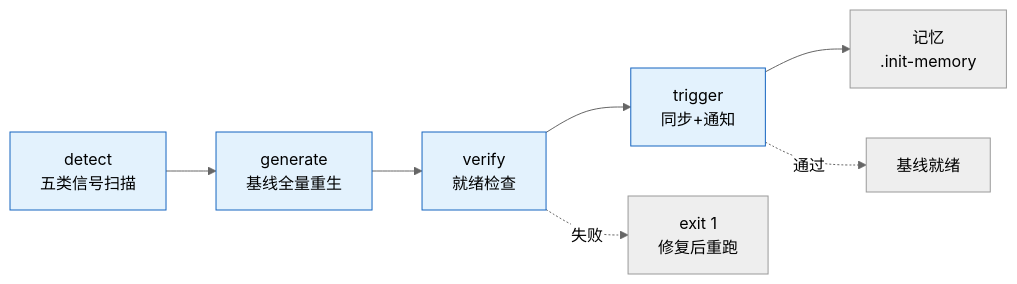
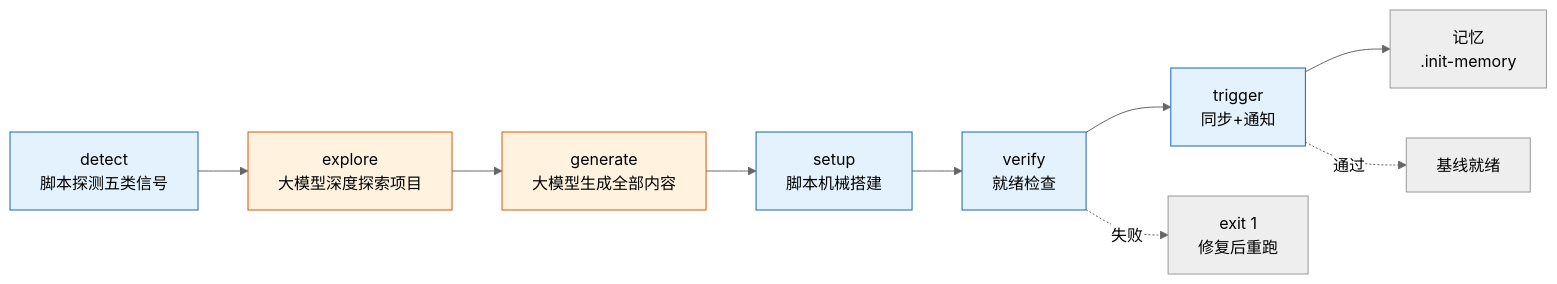
One commit to effiy/YrY changed the second of 8 diagrams in skills/rui/SKILL.md. Above: the diagram before and after it, drawn with Mermaid (neutral theme). The commit also changed other lines of this file and 31 other files, not shown here.

````diff
--- a/skills/rui/SKILL.md
+++ b/skills/rui/SKILL.md
@@ -103,7 +103,8 @@
 ```mermaid
 flowchart LR
-    P1[detect<br/>五类信号扫描]:::s --> P2[generate<br/>基线全量重生]:::s --> P3[verify<br/>就绪检查]:::s --> P4[trigger<br/>同步+通知]:::s --> P5[记忆<br/>.init-memory]
-    P3 -.失败.-> Fix[exit 1<br/>修复后重跑]
-    P4 -.通过.-> Ready[基线就绪]
+    P1[detect<br/>脚本探测五类信号]:::s --> P2[explore<br/>大模型深度探索项目]:::llm --> P3[generate<br/>大模型生成全部内容]:::llm --> P4[setup<br/>脚本机械搭建]:::s --> P5[verify<br/>就绪检查]:::s --> P6[trigger<br/>同步+通知]:::s --> P7[记忆<br/>.init-memory]
+    P5 -.失败.-> Fix[exit 1<br/>修复后重跑]
+    P6 -.通过.-> Ready[基线就绪]
     classDef s fill:#e3f2fd,stroke:#1565c0;
+    classDef llm fill:#fff3e0,stroke:#e65100;
 ```
````
